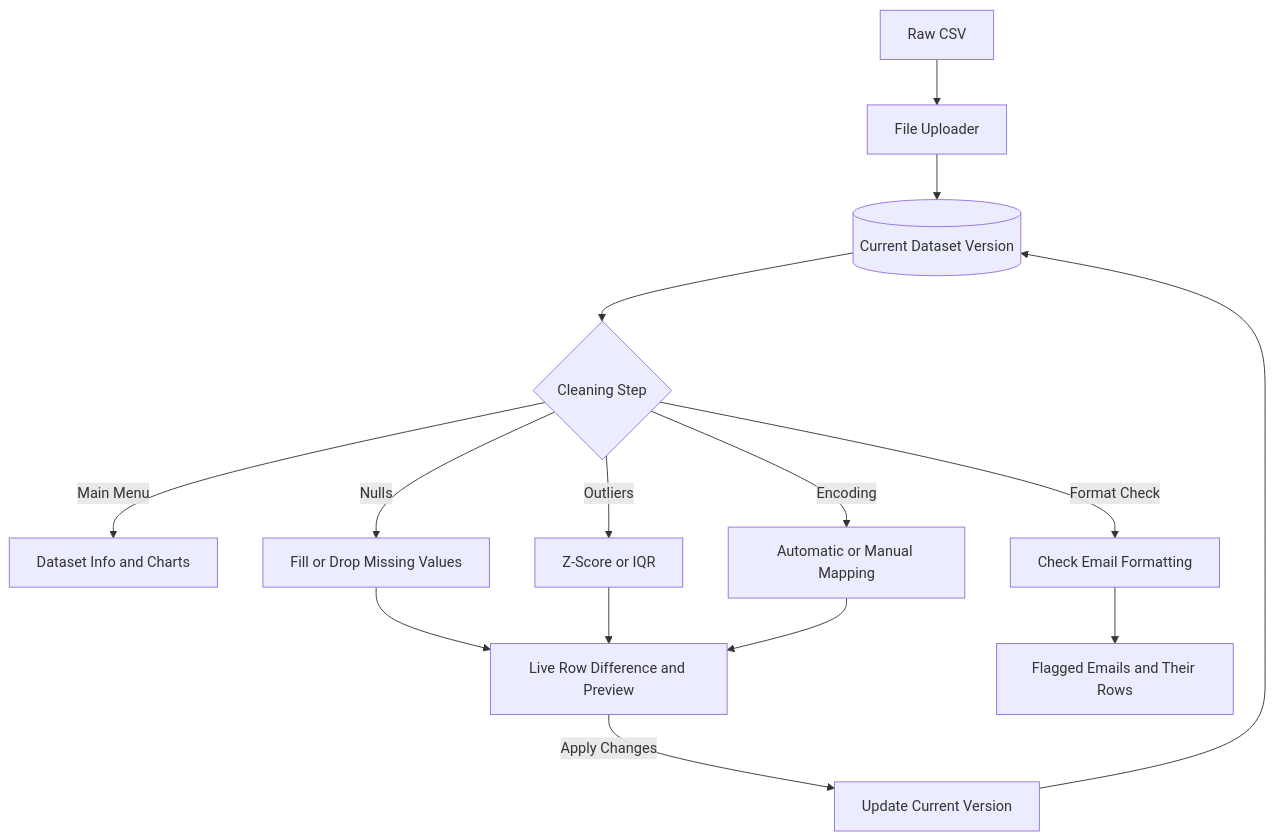
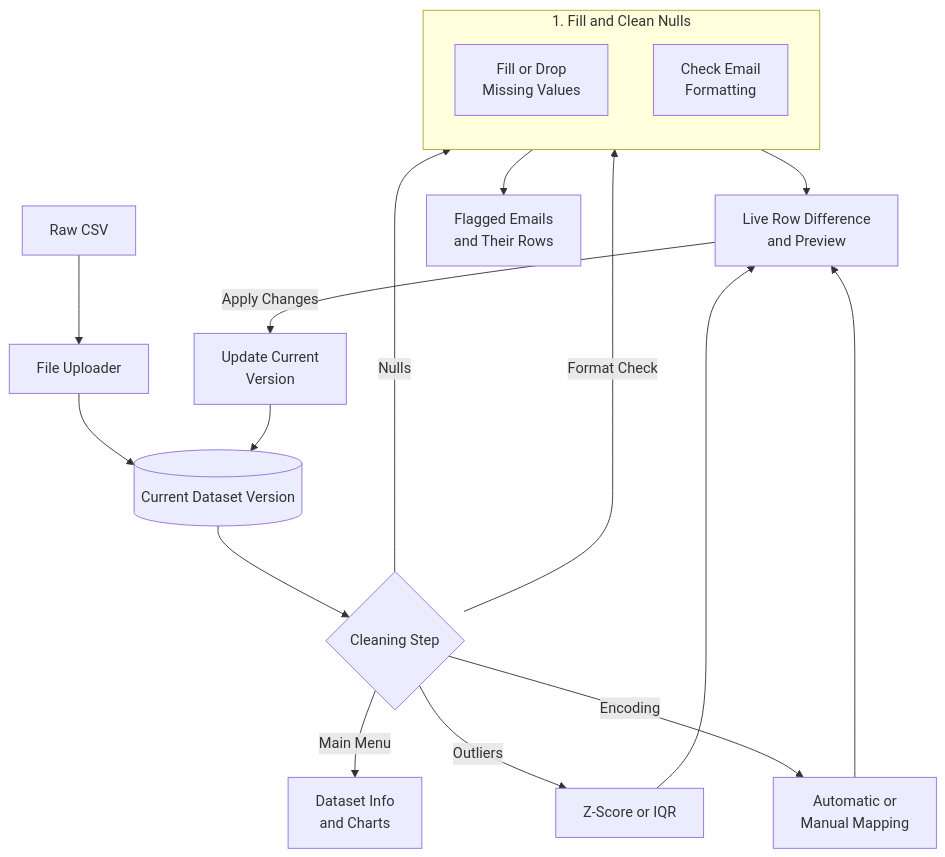
One commit to aniketbhopale/DataLave changed the first of 2 diagrams in README.md. Above: the diagram before and after it, drawn with Mermaid. The commit also changed other lines of this file, not shown here.

First line of the commit message:
minor flow change

````diff
--- a/README.md
+++ b/README.md
@@ -14,22 +14,29 @@
 ```mermaid
 
 flowchart TD
     A["Raw CSV"] --> B["File Uploader"]
     B --> C[("Current Dataset Version")]
     C --> D{"Cleaning Step"}
 
-    D -->|Main Menu| E["Dataset Info and Charts"]
-    D -->|Nulls| F["Fill or Drop Missing Values"]
-    D -->|Format Check| F2["Check Email Formatting"]
+    D -->|Main Menu| E["Dataset Info<br/>and Charts"]
+    
+    subgraph M1 ["1. Fill and Clean Nulls"]
+        direction TB
+        F["Fill or Drop<br/>Missing Values"]
+        F2["Check Email<br/>Formatting"]
+    end
+
+    D -->|Nulls| F
+    D -->|Format Check| F2
     D -->|Outliers| G["Z-Score or IQR"]
-    D -->|Encoding| H["Automatic or Manual Mapping"]
+    D -->|Encoding| H["Automatic or<br/>Manual Mapping"]
 
-    F --> I["Live Row Difference and Preview"]
-    F2 --> I2["Flagged Emails and Their Rows"]
+    F --> I["Live Row Difference<br/>and Preview"]
+    F2 --> I2["Flagged Emails<br/>and Their Rows"]
     G --> I
     H --> I
 
-    I -->|Apply Changes| J["Update Current Version"]
+    I -->|Apply Changes| J["Update Current<br/>Version"]
     J --> C
 
 ```
````
